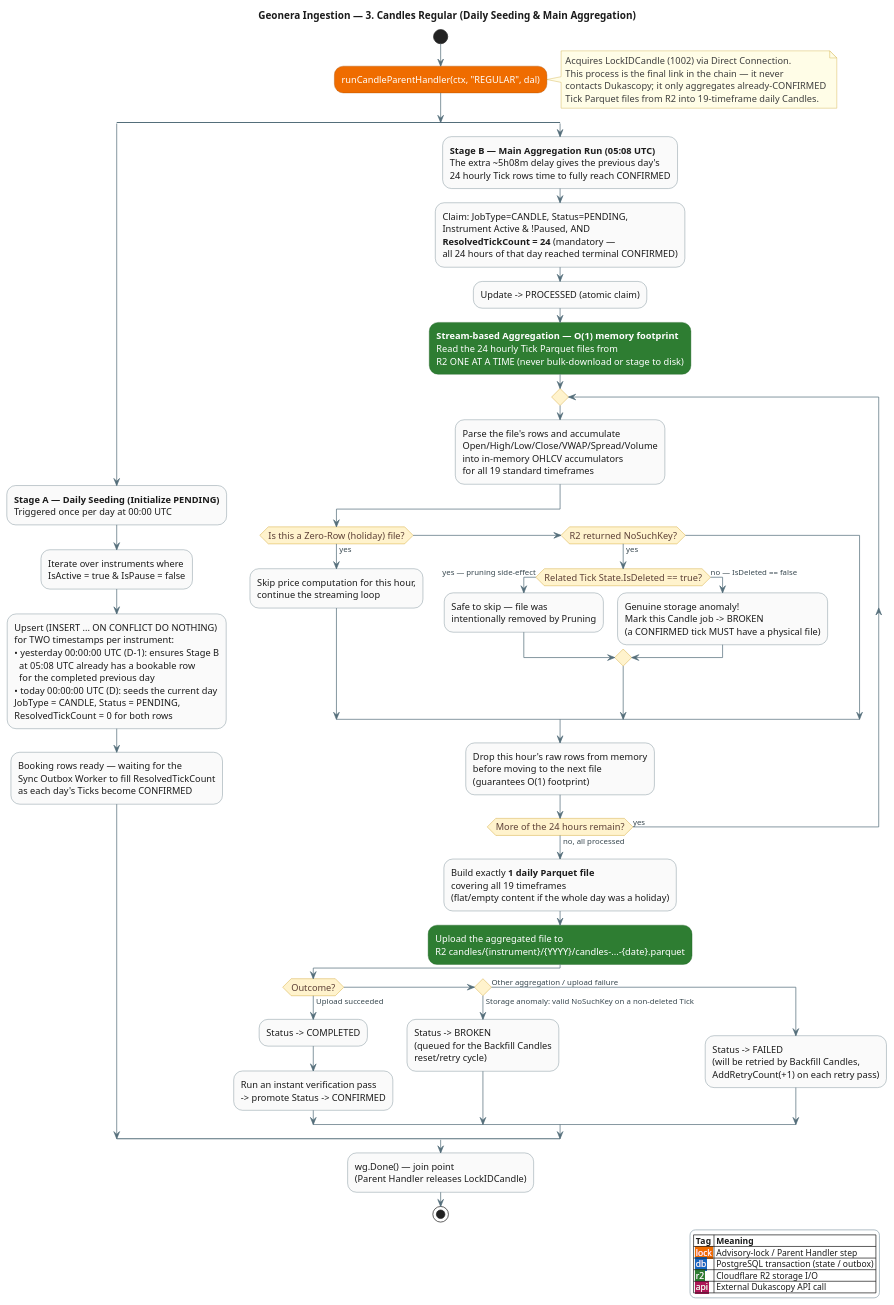
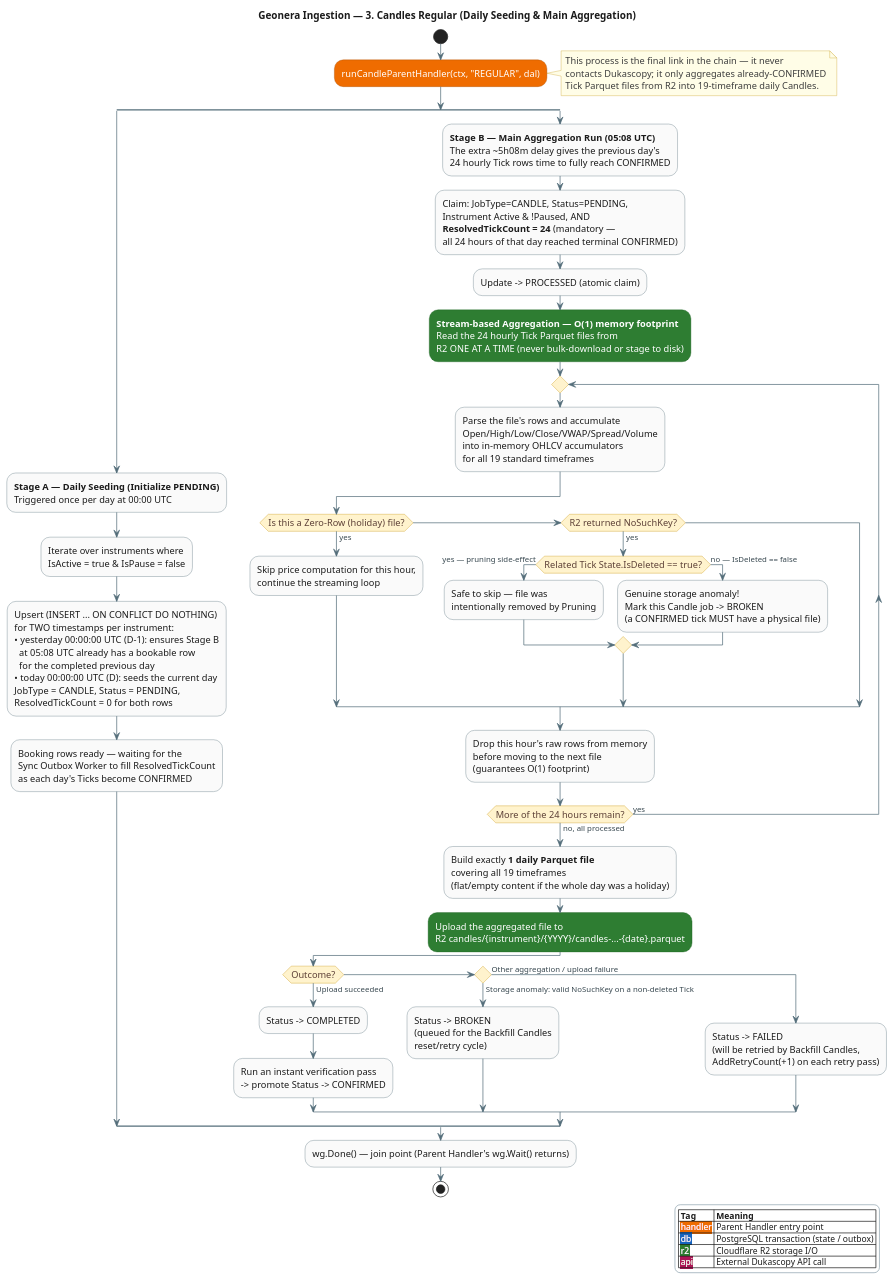
Before and after one commit to sanjari-dev/geonera-ingestion: the diagram in docs/flows/03-candles-regular.puml, drawn with PlantUML. The commit also changed 6 other files, not shown here.

First line of the commit message:
docs: update flow diagrams to reflect simplified architecture

```diff
--- a/docs/flows/03-candles-regular.puml
+++ b/docs/flows/03-candles-regular.puml
@@ -1,148 +1,146 @@
 @startuml 03-candles-regular
 title Geonera Ingestion — 3. Candles Regular (Daily Seeding & Main Aggregation)
 skinparam backgroundColor #FFFFFF
 skinparam defaultFontColor #1B1B1B
 skinparam ArrowColor #546E7A
 skinparam ArrowFontColor #37474F
 
 skinparam activity {
   BackgroundColor #FAFAFA
   BorderColor #546E7A
   FontColor #1B1B1B
   FontSize 13
 
-  BackgroundColor<<lock>> #EF6C00
-  FontColor<<lock>> #FFFFFF
-  BorderColor<<lock>> #A34B00
+  BackgroundColor<<handler>> #EF6C00
+  FontColor<<handler>> #FFFFFF
+  BorderColor<<handler>> #A34B00
 
   BackgroundColor<<db>> #1565C0
   FontColor<<db>> #FFFFFF
   BorderColor<<db>> #0B3C78
 
   BackgroundColor<<r2>> #2E7D32
   FontColor<<r2>> #FFFFFF
   BorderColor<<r2>> #1B5E20
 
   BackgroundColor<<api>> #AD1457
   FontColor<<api>> #FFFFFF
   BorderColor<<api>> #6A0F38
 }
 
 skinparam activityDiamond {
   BackgroundColor #FFF3CD
   BorderColor #C79100
   FontColor #5D4037
 }
 
 skinparam legend {
   BackgroundColor #FFFFFF
   BorderColor #90A4AE
   FontColor #1B1B1B
   FontSize 12
   EntrySeparatorColor #CFD8DC
 }
 
 skinparam note {
   BackgroundColor #FFFDE7
   BorderColor #C9A227
   FontColor #3E3E3E
 }
 
 legend right
   |= Tag |= Meaning |
-  |<back:#EF6C00><color:#FFFFFF> lock </color></back>| Advisory-lock / Parent Handler step |
+  |<back:#EF6C00><color:#FFFFFF> handler </color></back>| Parent Handler entry point |
   |<back:#1565C0><color:#FFFFFF> db </color></back>| PostgreSQL transaction (state / outbox) |
   |<back:#2E7D32><color:#FFFFFF> r2 </color></back>| Cloudflare R2 storage I/O |
   |<back:#AD1457><color:#FFFFFF> api </color></back>| External Dukascopy API call |
 endlegend
 
 start
-:runCandleParentHandler(ctx, "REGULAR", dal);<<lock>>
+:runCandleParentHandler(ctx, "REGULAR", dal);<<handler>>
 note right
-  Acquires LockIDCandle (1002) via Direct Connection.
   This process is the final link in the chain — it never
   contacts Dukascopy; it only aggregates already-CONFIRMED
   Tick Parquet files from R2 into 19-timeframe daily Candles.
 end note
 
 split
   ' ============== Daily Seeding ==============
   :**Stage A — Daily Seeding (Initialize PENDING)**
   Triggered once per day at 00:00 UTC;
   :Iterate over instruments where
   IsActive = true & IsPause = false;
   :Upsert (INSERT ... ON CONFLICT DO NOTHING)
   for TWO timestamps per instrument:
   • yesterday 00:00:00 UTC (D-1): ensures Stage B
     at 05:08 UTC already has a bookable row
     for the completed previous day
   • today 00:00:00 UTC (D): seeds the current day
   JobType = CANDLE, Status = PENDING,
   ResolvedTickCount = 0 for both rows;
   :Booking rows ready — waiting for the
   Sync Outbox Worker to fill ResolvedTickCount
   as each day's Ticks become CONFIRMED;
 
 split again
   ' ============== Main Aggregation ==============
   :**Stage B — Main Aggregation Run (05:08 UTC)**
   The extra ~5h08m delay gives the previous day's
   24 hourly Tick rows time to fully reach CONFIRMED;
   :Claim: JobType=CANDLE, Status=PENDING,
   Instrument Active & !Paused, AND
   **ResolvedTickCount = 24** (mandatory —
   all 24 hours of that day reached terminal CONFIRMED);
   :Update -> PROCESSED (atomic claim);
 
   :**Stream-based Aggregation — O(1) memory footprint**
   Read the 24 hourly Tick Parquet files from
   R2 ONE AT A TIME (never bulk-download or stage to disk);<<r2>>
   repeat
     :Parse the file's rows and accumulate
     Open/High/Low/Close/VWAP/Spread/Volume
     into in-memory OHLCV accumulators
     for all 19 standard timeframes;
     if (Is this a Zero-Row (holiday) file?) then (yes)
       :Skip price computation for this hour,
       continue the streaming loop;
     elseif (R2 returned NoSuchKey?) then (yes)
       if (Related Tick State.IsDeleted == true?) then (yes — pruning side-effect)
         :Safe to skip — file was
         intentionally removed by Pruning;
       else (no — IsDeleted == false)
         :Genuine storage anomaly!
         Mark this Candle job -> BROKEN
         (a CONFIRMED tick MUST have a physical file);
       endif
     endif
     :Drop this hour's raw rows from memory
     before moving to the next file
     (guarantees O(1) footprint);
   repeat while (More of the 24 hours remain?) is (yes) not (no, all processed)
 
   :Build exactly **1 daily Parquet file**
   covering all 19 timeframes
   (flat/empty content if the whole day was a holiday);
   :Upload the aggregated file to
   R2 candles/{instrument}/{YYYY}/candles-...-{date}.parquet;<<r2>>
 
   if (Outcome?) then (Upload succeeded)
     :Status -> COMPLETED;
     :Run an instant verification pass
     -> promote Status -> CONFIRMED;
   elseif () then (Storage anomaly: valid NoSuchKey on a non-deleted Tick)
     :Status -> BROKEN
     (queued for the Backfill Candles
     reset/retry cycle);
   else (Other aggregation / upload failure)
     :Status -> FAILED
     (will be retried by Backfill Candles,
     AddRetryCount(+1) on each retry pass);
   endif
 end split
 
-:wg.Done() — join point
-(Parent Handler releases LockIDCandle);
+:wg.Done() — join point (Parent Handler's wg.Wait() returns);
 stop
 
 @enduml
```
